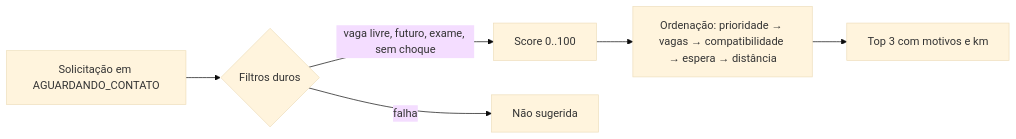
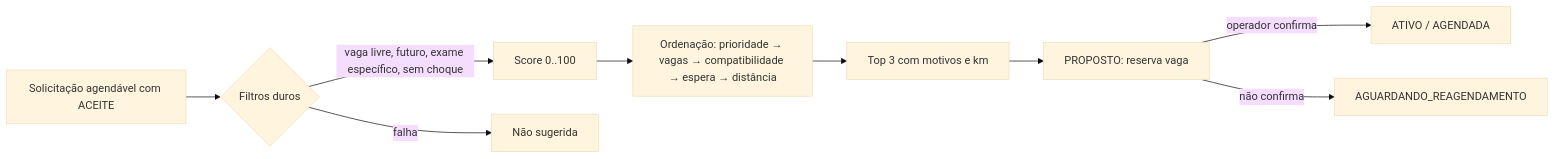
Before and after one commit to HCUFPE/Framework-SETISD-HC-UFPE: the fourth of 4 diagrams in docs/especificacao/05-interfaces.md, drawn with Mermaid (base theme). The commit also changed other lines of this file and 26 other files, not shown here.

````diff
--- a/docs/especificacao/05-interfaces.md
+++ b/docs/especificacao/05-interfaces.md
@@ -155,8 +167,11 @@
 ```mermaid
 flowchart LR
-  S[Solicitação em AGUARDANDO_CONTATO] --> F{Filtros duros}
-  F -->|vaga livre, futuro, exame, sem choque| P[Score 0..100]
+  S[Solicitação agendável com ACEITE] --> F{Filtros duros}
+  F -->|vaga livre, futuro, exame específico, sem choque| P[Score 0..100]
   F -->|falha| X[Não sugerida]
   P --> O[Ordenação: prioridade → vagas → compatibilidade → espera → distância]
   O --> T[Top 3 com motivos e km]
+  T --> C[PROPOSTO: reserva vaga]
+  C -->|operador confirma| A[ATIVO / AGENDADA]
+  C -->|não confirma| R[AGUARDANDO_REAGENDAMENTO]
 ```
````
